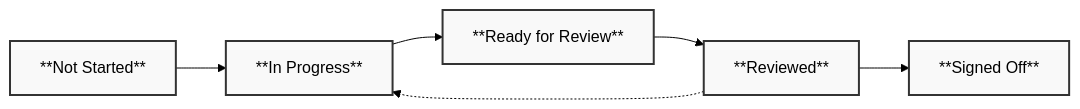
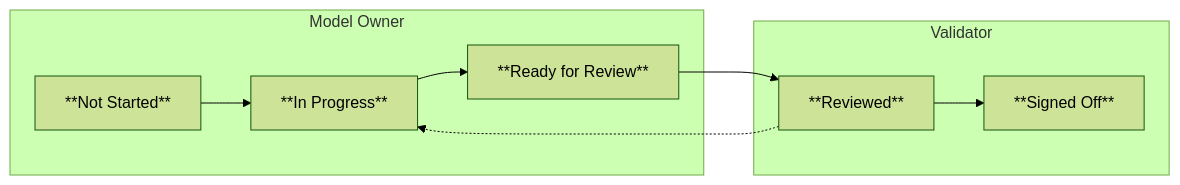
One commit to validmind/documentation changed the diagram in site/guide/attestation/working-with-attestations.qmd. Above: the diagram before and after it, drawn with Mermaid (forest theme). The commit also changed other lines of this file and 1 other file, not shown here.

````diff
--- a/site/guide/attestation/working-with-attestations.qmd
+++ b/site/guide/attestation/working-with-attestations.qmd
@@ -56,13 +41,13 @@
 ```{mermaid}
 graph LR
-    A["**Not Started**"] --> B["**In Progress**"]
-    B --> C["**Ready for Review**"]
-    C --> D["**Reviewed**"]
-    D --> E["**Signed Off**"]
-    D -.-> B
-    style A fill:#f9f9f9,stroke:#333,stroke-width:2px
-    style B fill:#f9f9f9,stroke:#333,stroke-width:2px
-    style C fill:#f9f9f9,stroke:#333,stroke-width:2px
-    style D fill:#f9f9f9,stroke:#333,stroke-width:2px
-    style E fill:#f9f9f9,stroke:#333,stroke-width:2px
+    subgraph Model Owner
+        A["**Not Started**"] --> B["**In Progress**"]
+        B --> C["**Ready for Review**"]
+    end
+    
+    subgraph Validator
+        C --> D["**Reviewed**"]
+        D --> E["**Signed Off**"]
+        D -.-> B
+    end
 ```
````
